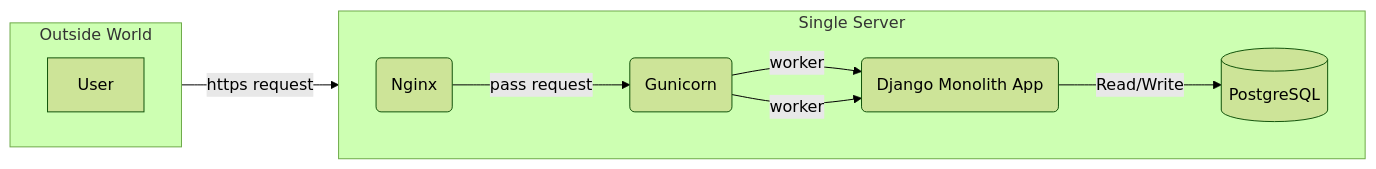
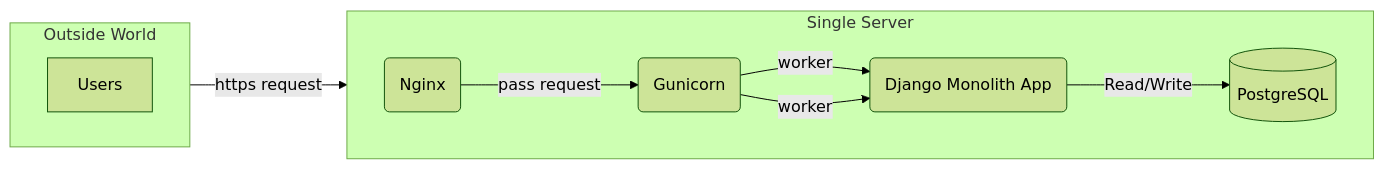
The third of 11 diagrams in Diagrams/Diagram_Only.md (004Ajay/The-Accidental-CTO), drawn with Mermaid (forest theme) before and after one commit. The commit also changed other lines of this file and 9 other files, not shown here.

Commit message:
new icons; new diagrams and prev fixing; diagrams with icons

````diff
--- a/Diagrams/Diagram_Only.md
+++ b/Diagrams/Diagram_Only.md
@@ -46,18 +46,18 @@
 ```mermaid
 %%{init: {'flowchart': {'htmlLabels': false,}}}%%
 graph LR
   
 subgraph Outside World
 direction LR
-  A[User] 
+  A[Users] 
 end
 
 subgraph Single Server
 direction LR
   A -- https request --> N(Nginx)
   N -- pass request --> G(Gunicorn)
   G -- worker --> D(Django Monolith App)
   G -- worker --> D(Django Monolith App)
   D -- Read/Write --> P[(PostgreSQL)]
-end
+end 
 ```
````
